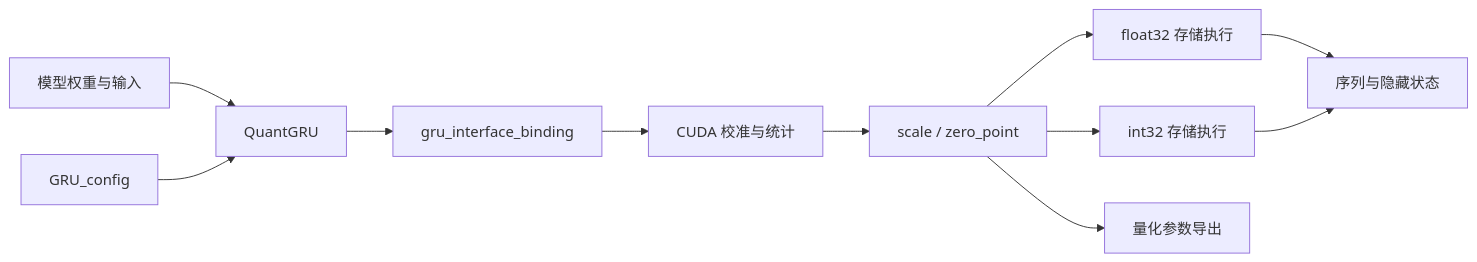
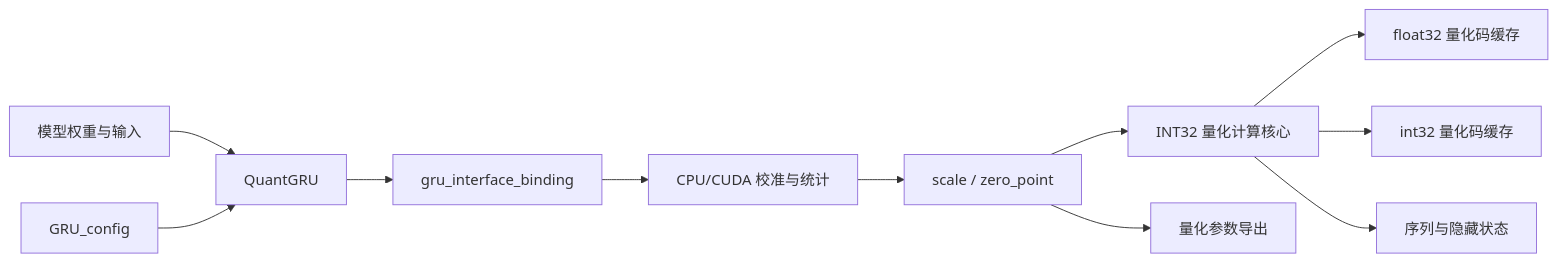
The first of 3 diagrams in operators/quant-gru/docs/GRU量化计算流程.md (reexen-tech/rx-met), drawn with Mermaid before and after one commit. The commit also changed other lines of this file and 3 other files, not shown here.

````diff
--- a/operators/quant-gru/docs/GRU量化计算流程.md
+++ b/operators/quant-gru/docs/GRU量化计算流程.md
@@ -10,13 +10,13 @@
 ```mermaid
 flowchart LR
     Input["模型权重与输入"] --> Python["QuantGRU"]
     Config["GRU_config"] --> Python
     Python --> Binding["gru_interface_binding"]
-    Binding --> Collect["CUDA 校准与统计"]
+    Binding --> Collect["CPU/CUDA 校准与统计"]
     Collect --> Params["scale / zero_point"]
-    Params --> Float["float32 存储执行"]
-    Params --> Integer["int32 存储执行"]
+    Params --> Integer["INT32 量化计算核心"]
     Params --> Export["量化参数导出"]
-    Float --> Output["序列与隐藏状态"]
-    Integer --> Output
+    Integer --> FloatCache["float32 量化码缓存"]
+    Integer --> IntCache["int32 量化码缓存"]
+    Integer --> Output["序列与隐藏状态"]
 ```
````
